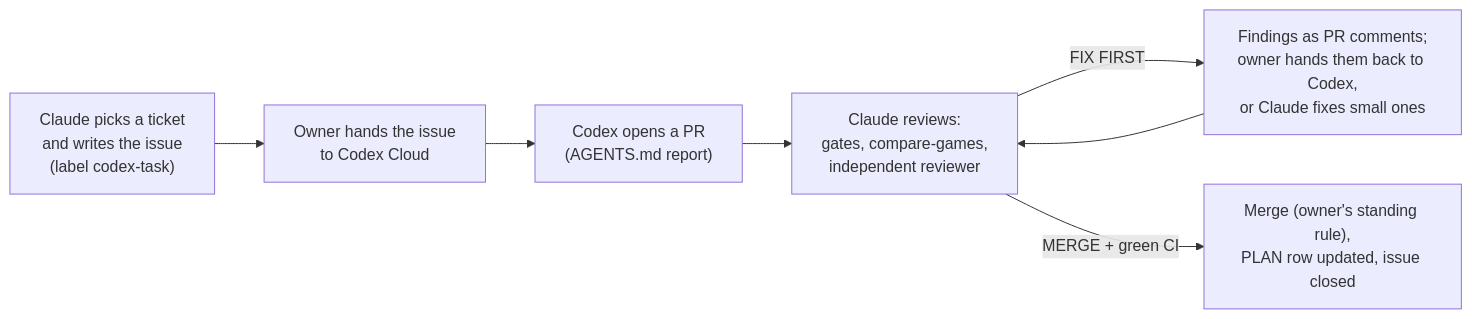
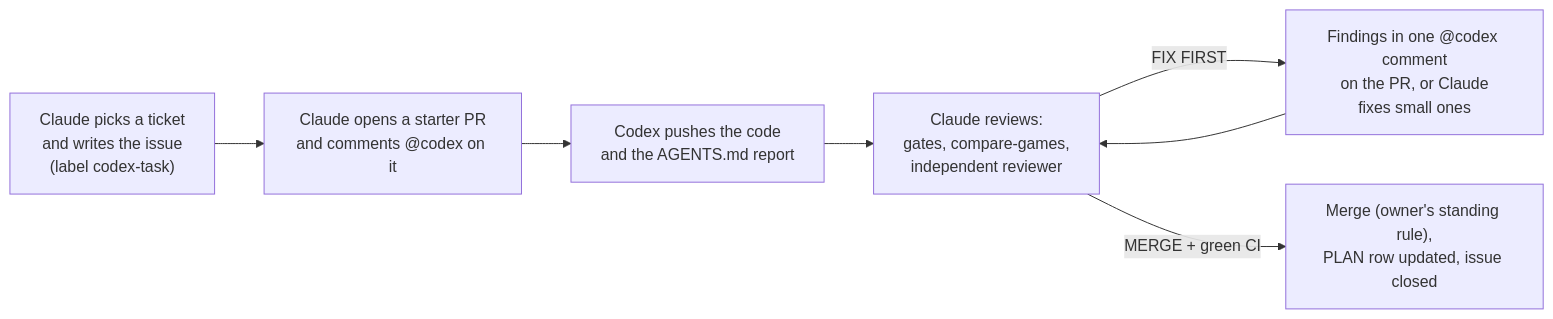
One commit to Fr3nchyz/3reich changed the diagram in docs/CODEX.md. Above: the diagram before and after it, drawn with Mermaid. The commit also changed other lines of this file and 1 other file, not shown here.

First line of the commit message:
Codex hand-off without copy-paste: Claude opens a starter PR per issue and starts Codex with an @codex comment

````diff
--- a/docs/CODEX.md
+++ b/docs/CODEX.md
@@ -7,9 +7,9 @@
 ```mermaid
 flowchart LR
-  A["Claude picks a ticket<br/>and writes the issue<br/>(label codex-task)"] --> B["Owner hands the issue<br/>to Codex Cloud"]
-  B --> C["Codex opens a PR<br/>(AGENTS.md report)"]
+  A["Claude picks a ticket<br/>and writes the issue<br/>(label codex-task)"] --> B["Claude opens a starter PR<br/>and comments @codex on it"]
+  B --> C["Codex pushes the code<br/>and the AGENTS.md report"]
   C --> D["Claude reviews:<br/>gates, compare-games,<br/>independent reviewer"]
-  D -->|FIX FIRST| E["Findings as PR comments;<br/>owner hands them back to Codex,<br/>or Claude fixes small ones"]
+  D -->|FIX FIRST| E["Findings in one @codex comment<br/>on the PR, or Claude<br/>fixes small ones"]
   E --> D
   D -->|MERGE + green CI| F["Merge (owner's standing rule),<br/>PLAN row updated, issue closed"]
 ```
````
